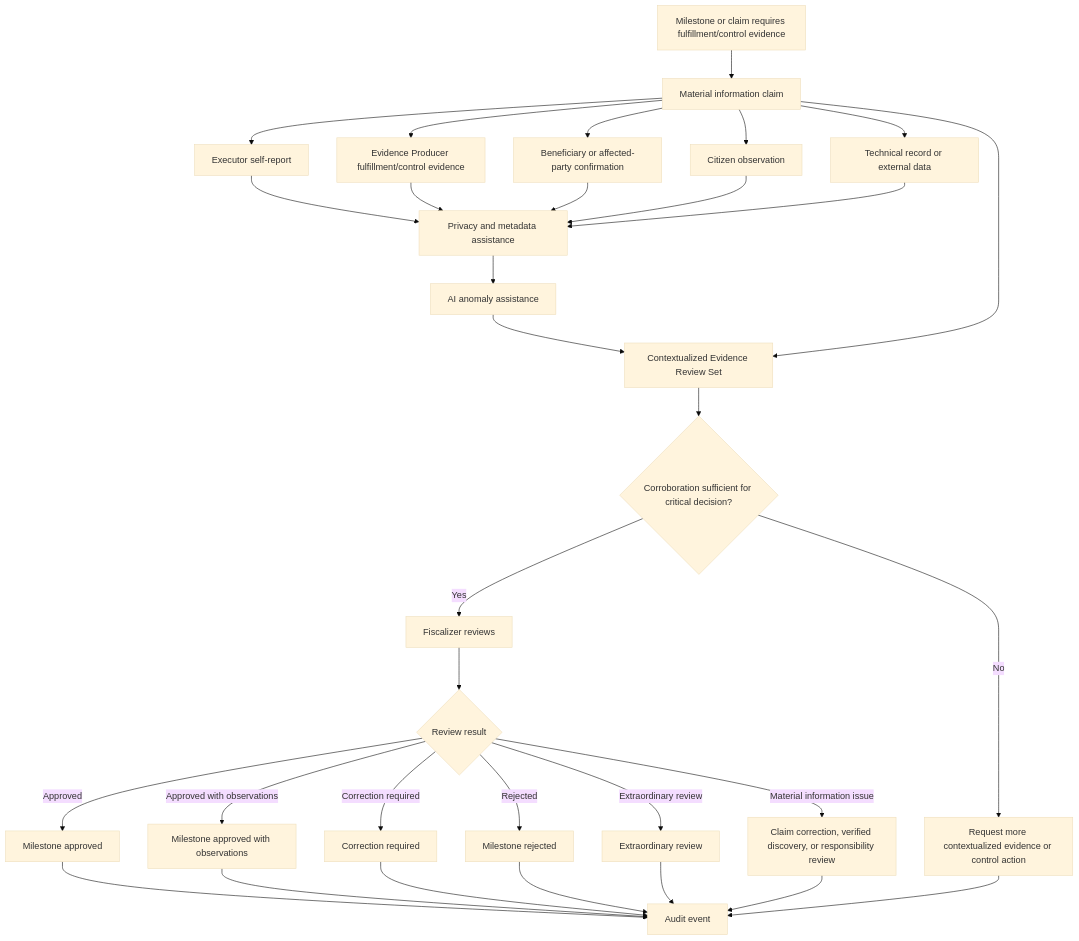
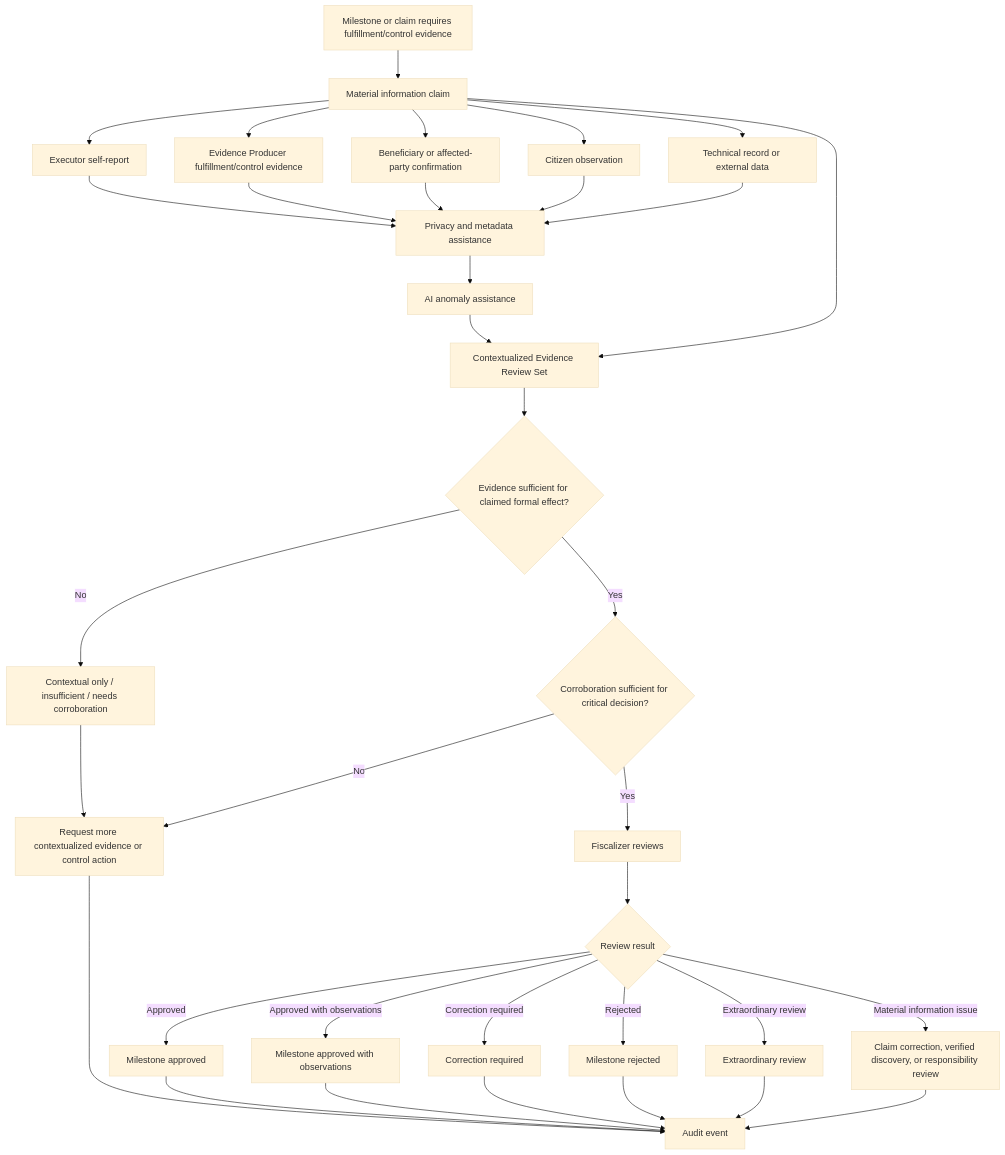
Before and after one commit to moffermann/distributed-governance-research: the diagram in docs/diagrams/v0-evidence-fiscalization.md, drawn with Mermaid (base theme). The commit also changed other lines of this file and 21 other files, not shown here.

````diff
--- a/docs/diagrams/v0-evidence-fiscalization.md
+++ b/docs/diagrams/v0-evidence-fiscalization.md
@@ -9,39 +9,42 @@
 ```mermaid
 flowchart TD
     M[Milestone or claim requires fulfillment/control evidence]
     M --> MC[Material information claim]
     MC --> E1[Executor self-report]
     MC --> E2[Evidence Producer fulfillment/control evidence]
     MC --> E3[Beneficiary or affected-party confirmation]
     MC --> E4[Citizen observation]
     MC --> E5[Technical record or external data]
 
     E1 --> PR[Privacy and metadata assistance]
     E2 --> PR
     E3 --> PR
     E4 --> PR
     E5 --> PR
 
     PR --> AI[AI anomaly assistance]
     AI --> ER[Contextualized Evidence Review Set]
     MC --> ER
-    ER --> CV{Corroboration sufficient for critical decision?}
+    ER --> ES{Evidence sufficient for claimed formal effect?}
+    ES -->|No| IC[Contextual only / insufficient / needs corroboration]
+    IC --> RQ[Request more contextualized evidence or control action]
+    ES -->|Yes| CV{Corroboration sufficient for critical decision?}
     CV -->|No| RQ[Request more contextualized evidence or control action]
     CV -->|Yes| F[Fiscalizer reviews]
 
     F --> R{Review result}
     R -->|Approved| A[Milestone approved]
     R -->|Approved with observations| AO[Milestone approved with observations]
     R -->|Correction required| C[Correction required]
     R -->|Rejected| RJ[Milestone rejected]
     R -->|Extraordinary review| X[Extraordinary review]
     R -->|Material information issue| IR[Claim correction, verified discovery, or responsibility review]
 
     A --> AE[Audit event]
     AO --> AE
     C --> AE
     RJ --> AE
     X --> AE
     IR --> AE
     RQ --> AE
 ```
````
